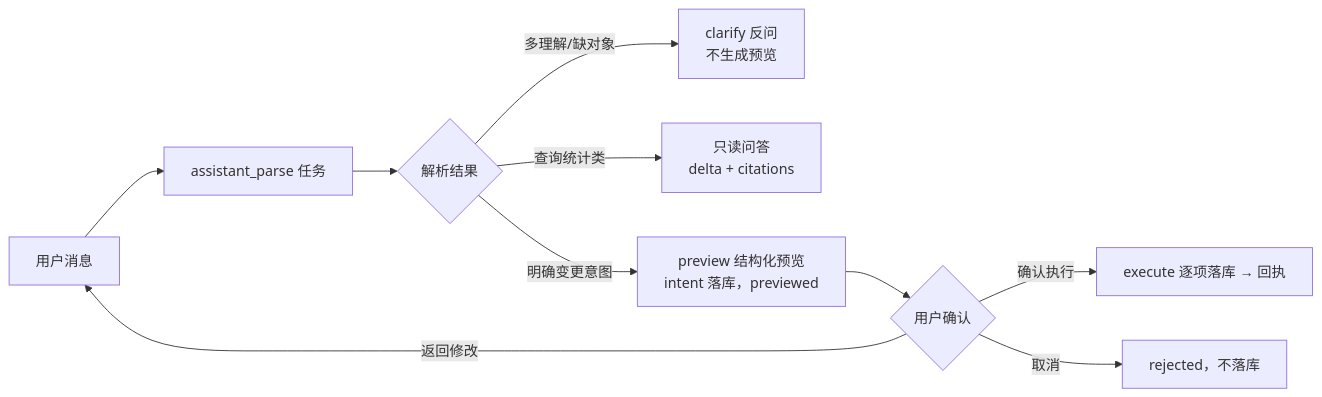
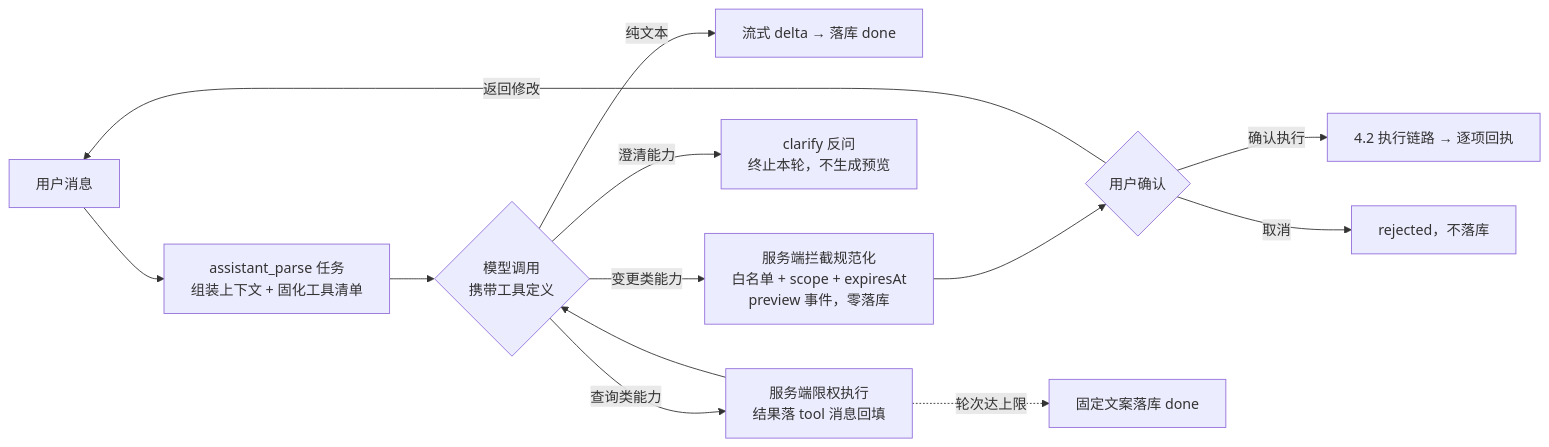
Before and after one commit to XiaoMiSum/robotest: the diagram in docs/04-detailed-design/07-ai-capability/04-ai-assistant.md, drawn with Mermaid. The commit also changed other lines of this file and 2 other files, not shown here.

````diff
--- a/docs/04-detailed-design/07-ai-capability/04-ai-assistant.md
+++ b/docs/04-detailed-design/07-ai-capability/04-ai-assistant.md
@@ -197,12 +200,15 @@
 ```mermaid
 flowchart LR
-    A[用户消息] --> B[assistant_parse 任务]
-    B --> C{解析结果}
-    C -->|多理解/缺对象| D[clarify 反问<br/>不生成预览]
-    C -->|查询统计类| E[只读问答<br/>delta + citations]
-    C -->|明确变更意图| F[preview 结构化预览<br/>intent 落库，previewed]
-    F --> G{用户确认}
-    G -->|确认执行| H[execute 逐项落库 → 回执]
-    G -->|取消| I[rejected，不落库]
-    G -->|返回修改| A
+    A[用户消息] --> B[assistant_parse 任务<br/>组装上下文 + 固化工具清单]
+    B --> C{模型调用<br/>携带工具定义}
+    C -->|纯文本| D[流式 delta → 落库 done]
+    C -->|查询类能力| E[服务端限权执行<br/>结果落 tool 消息回填]
+    E --> C
+    C -->|澄清能力| F[clarify 反问<br/>终止本轮，不生成预览]
+    C -->|变更类能力| G[服务端拦截规范化<br/>白名单 + scope + expiresAt<br/>preview 事件，零落库]
+    G --> H{用户确认}
+    H -->|确认执行| I[4.2 执行链路 → 逐项回执]
+    H -->|取消| J[rejected，不落库]
+    H -->|返回修改| A
+    E -.轮次达上限.-> K[固定文案落库 done]
 ```
````
